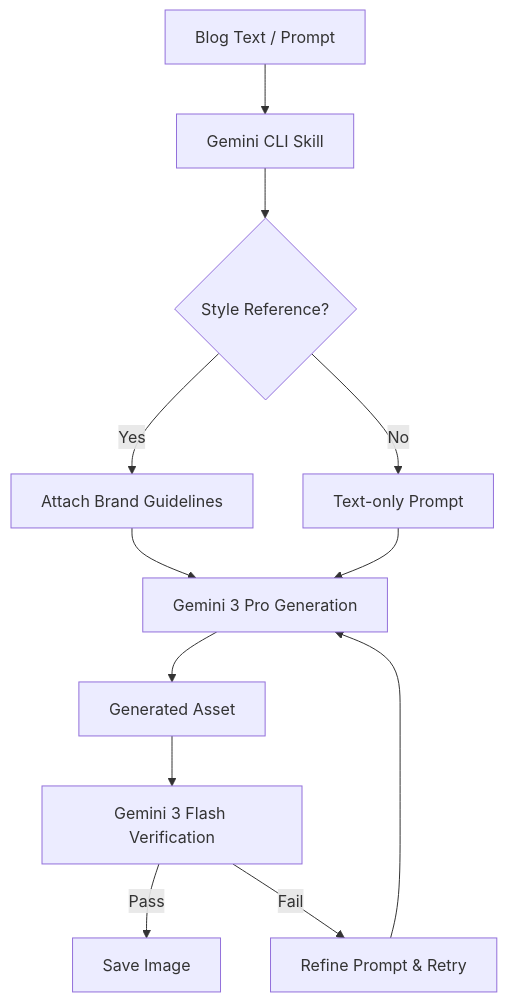
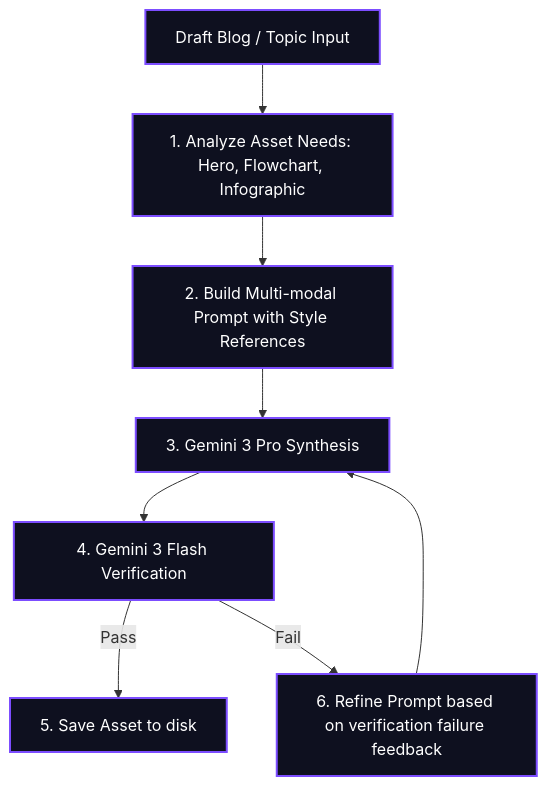
The diagram in README.md (ksprashu/skills-image-gen-expert), drawn with Mermaid before and after one commit. The commit also changed other lines of this file and 3 other files, not shown here.

````diff
--- a/README.md
+++ b/README.md
@@ -24,14 +20,13 @@
 ```mermaid
 graph TD
-    A[Blog Text / Prompt] --> B[Gemini CLI Skill]
-    B --> C{Style Reference?}
-    C -- Yes --> D[Attach Brand Guidelines]
-    C -- No --> E[Text-only Prompt]
-    D --> F[Gemini 3 Pro Generation]
-    E --> F
-    F --> G[Generated Asset]
-    G --> H[Gemini 3 Flash Verification]
-    H -- Pass --> I[Save Image]
-    H -- Fail --> J[Refine Prompt & Retry]
-    J --> F
+    Start[Draft Blog / Topic Input] --> Analyze[1. Analyze Asset Needs: Hero, Flowchart, Infographic]
+    Analyze --> BuildPrompt[2. Build Multi-modal Prompt with Style References]
+    BuildPrompt --> Synthesis[3. Gemini 3 Pro Synthesis]
+    Synthesis --> Verify[4. Gemini 3 Flash Verification]
+    Verify -- Pass --> Save[5. Save Asset to disk]
+    Verify -- Fail --> Retry[6. Refine Prompt based on verification failure feedback]
+    Retry --> Synthesis
+    
+    classDef steps fill:#0e101f,stroke:#7c4dff,stroke-width:2px,color:#fff;
+    class Start,Analyze,BuildPrompt,Synthesis,Verify,Save,Retry steps;
 ```
````
